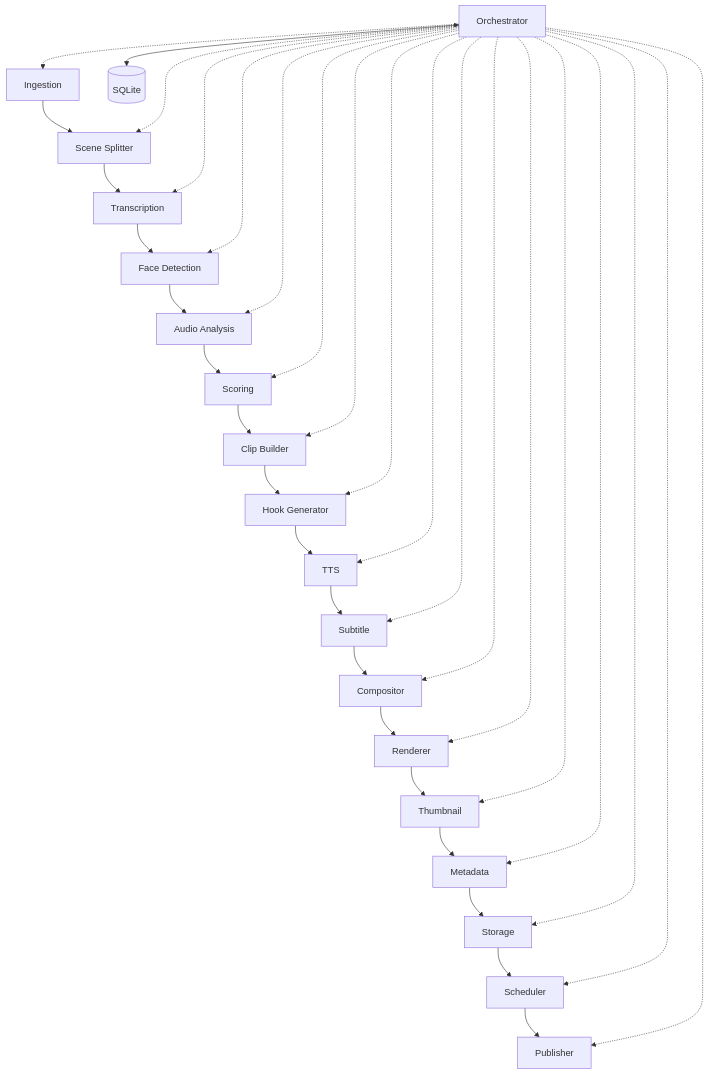
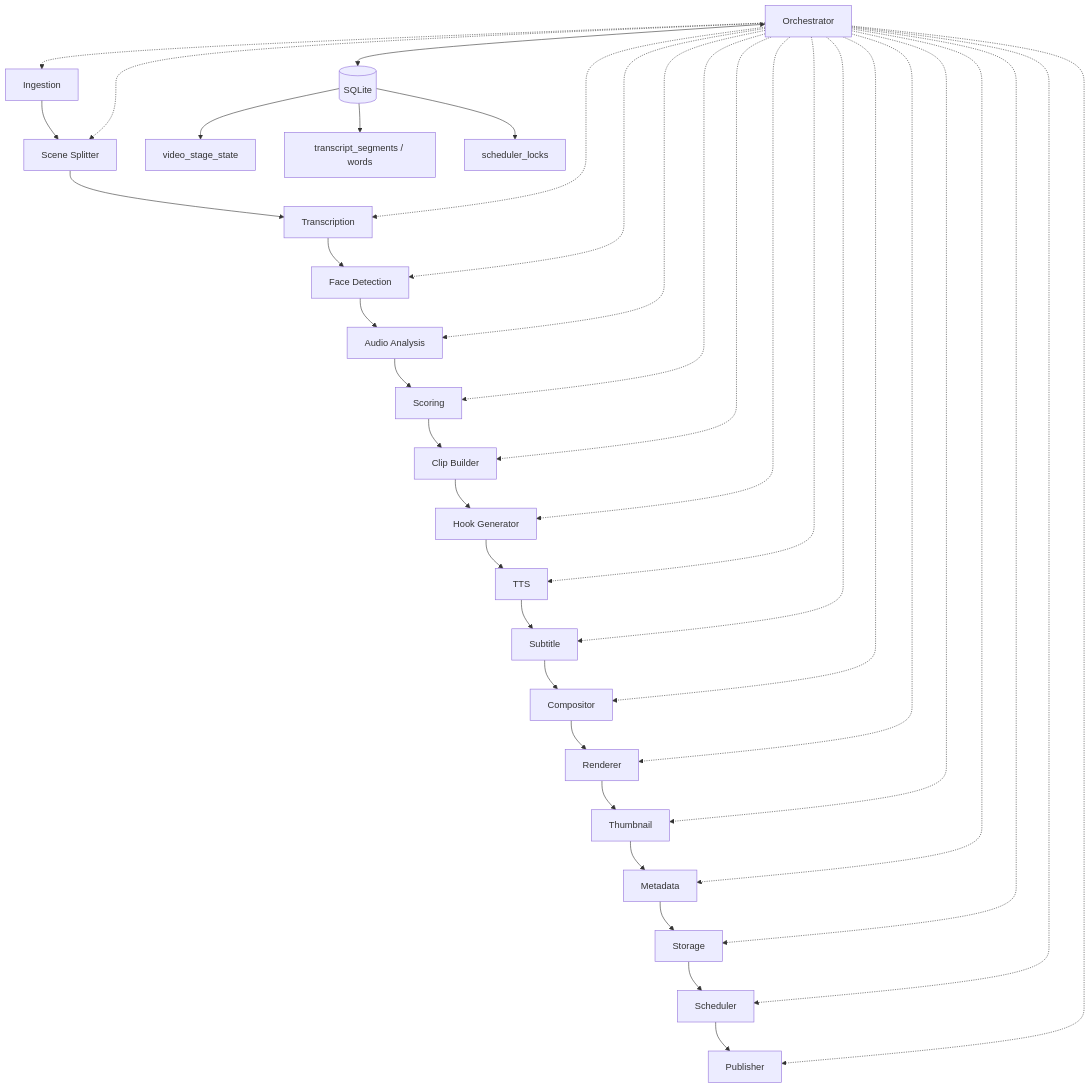
Before and after one commit to okfriansyah-moh/okfriansyah-moh.github.io: the diagram in docs/systems/shorts-generator-pipeline.md, drawn with Mermaid. The commit also changed other lines of this file and 3 other files, not shown here.

````diff
--- a/docs/systems/shorts-generator-pipeline.md
+++ b/docs/systems/shorts-generator-pipeline.md
@@ -67,22 +77,25 @@
 ```mermaid
 flowchart TD
   IN[Ingestion] --> SS[Scene Splitter]
   SS --> TR[Transcription]
   TR --> FD[Face Detection]
   FD --> AA[Audio Analysis]
   AA --> SC[Scoring]
   SC --> CB[Clip Builder]
   CB --> HG[Hook Generator]
   HG --> TTS[TTS]
   TTS --> SUB[Subtitle]
   SUB --> CMP[Compositor]
   CMP --> REN[Renderer]
   REN --> TH[Thumbnail]
   TH --> MD[Metadata]
   MD --> ST[Storage]
   ST --> SCH[Scheduler]
   SCH --> PUB[Publisher]
 
   ORCH[Orchestrator] -.-> IN & SS & TR & FD & AA & SC & CB & HG & TTS & SUB & CMP & REN & TH & MD & ST & SCH & PUB
   ORCH <--> DB[(SQLite)]
+  DB --> STC[video_stage_state]
+  DB --> TSEG[transcript_segments / words]
+  DB --> SLK[scheduler_locks]
 ```
````
